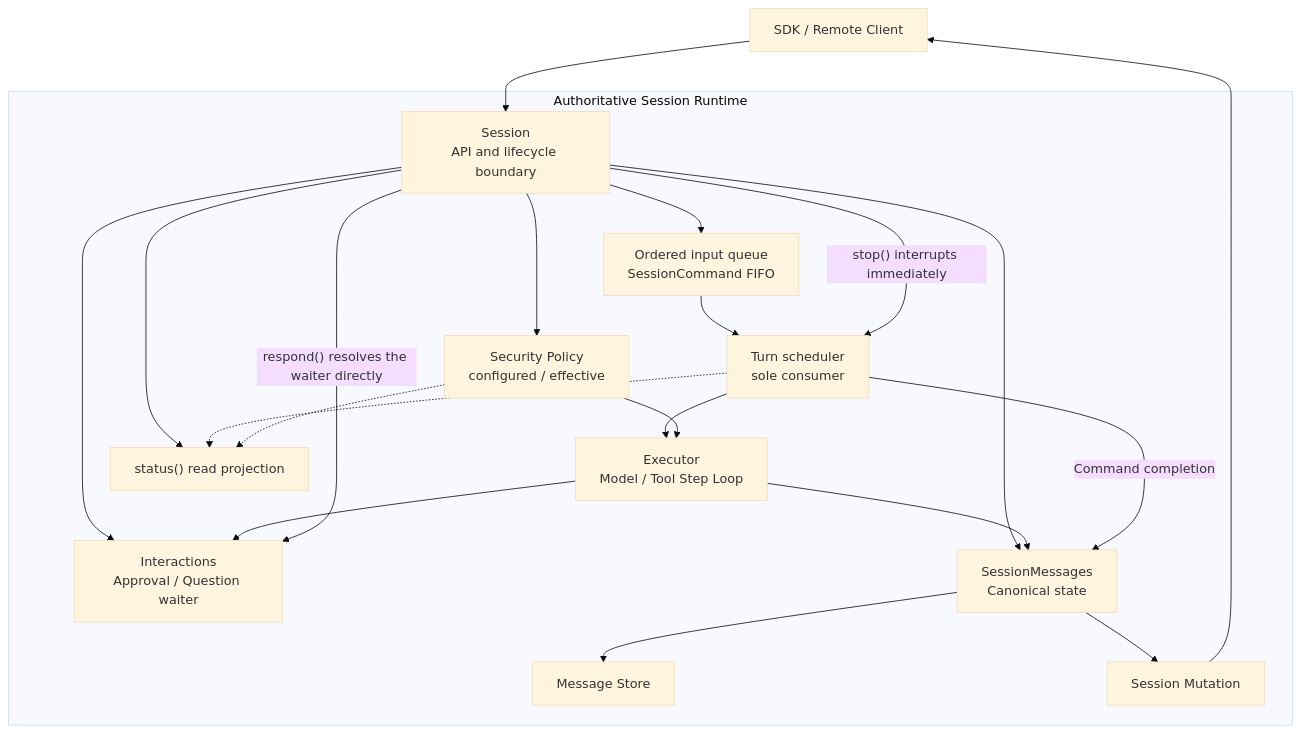
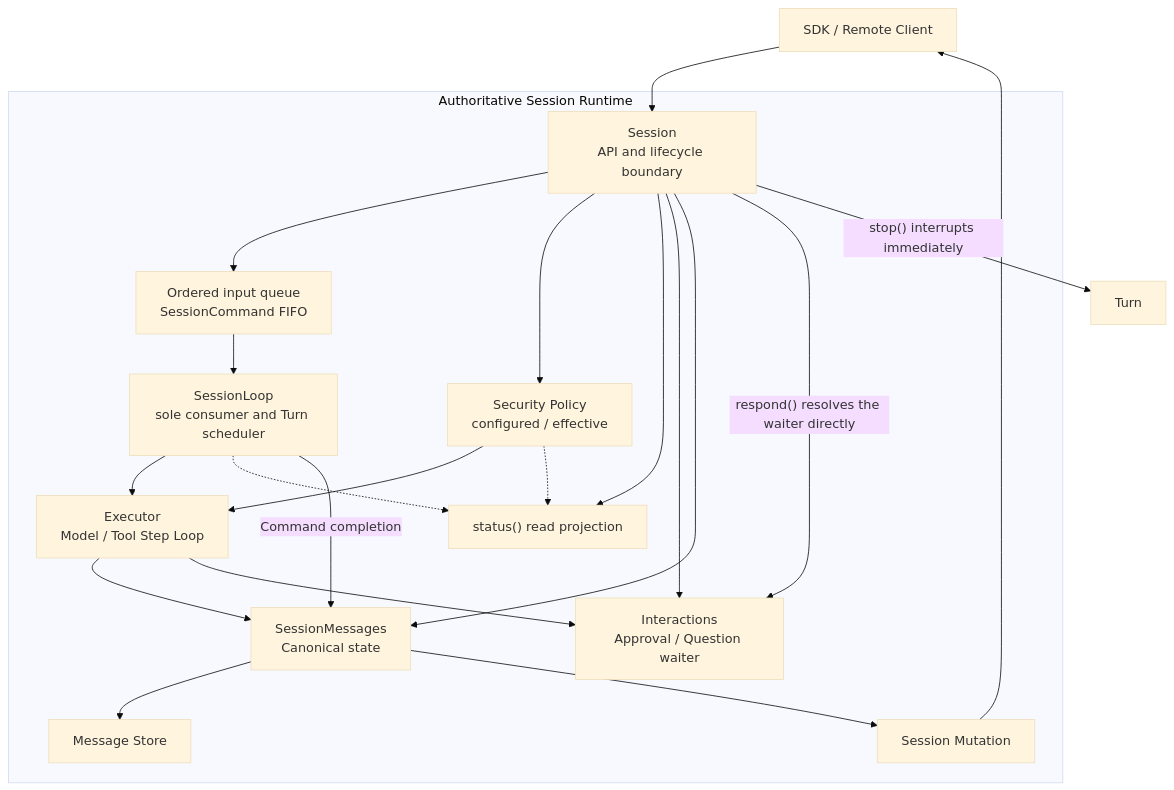
The diagram in homepage/content/agent-sdk-docs/en/sessions/overview.mdx (genesiscosmos/downcity), drawn with Mermaid (base theme) before and after one commit. The commit also changed 119 other files, not shown here.

````diff
--- a/homepage/content/agent-sdk-docs/en/sessions/overview.mdx
+++ b/homepage/content/agent-sdk-docs/en/sessions/overview.mdx
@@ -79,28 +79,28 @@
 ```mermaid
 flowchart TB
     App["SDK / Remote Client"] --> Session["Session<br/>API and lifecycle boundary"]
 
     subgraph Runtime["Authoritative Session Runtime"]
         Session --> Queue["Ordered input queue<br/>SessionCommand FIFO"]
-        Queue --> Turn["Turn scheduler<br/>sole consumer"]
-        Turn --> Executor["Executor<br/>Model / Tool Step Loop"]
+        Queue --> Loop["SessionLoop<br/>sole consumer and Turn scheduler"]
+        Loop --> Executor["Executor<br/>Model / Tool Step Loop"]
         Session --> Security["Security Policy<br/>configured / effective"]
         Security --> Executor
         Session --> Status["status() read projection"]
-        Turn -.-> Status
+        Loop -.-> Status
         Security -.-> Status
 
         Session --> Interactions["Interactions<br/>Approval / Question waiter"]
         Session --> Messages["SessionMessages<br/>Canonical state"]
         Executor --> Messages
         Executor --> Interactions
 
-        Turn -->|"Command completion"| Messages
+        Loop -->|"Command completion"| Messages
         Messages --> Store["Message Store"]
         Messages --> Events["Session Mutation"]
     end
 
     Session -->|"respond() resolves the waiter directly"| Interactions
     Session -->|"stop() interrupts immediately"| Turn
     Events --> App
 ```
````
